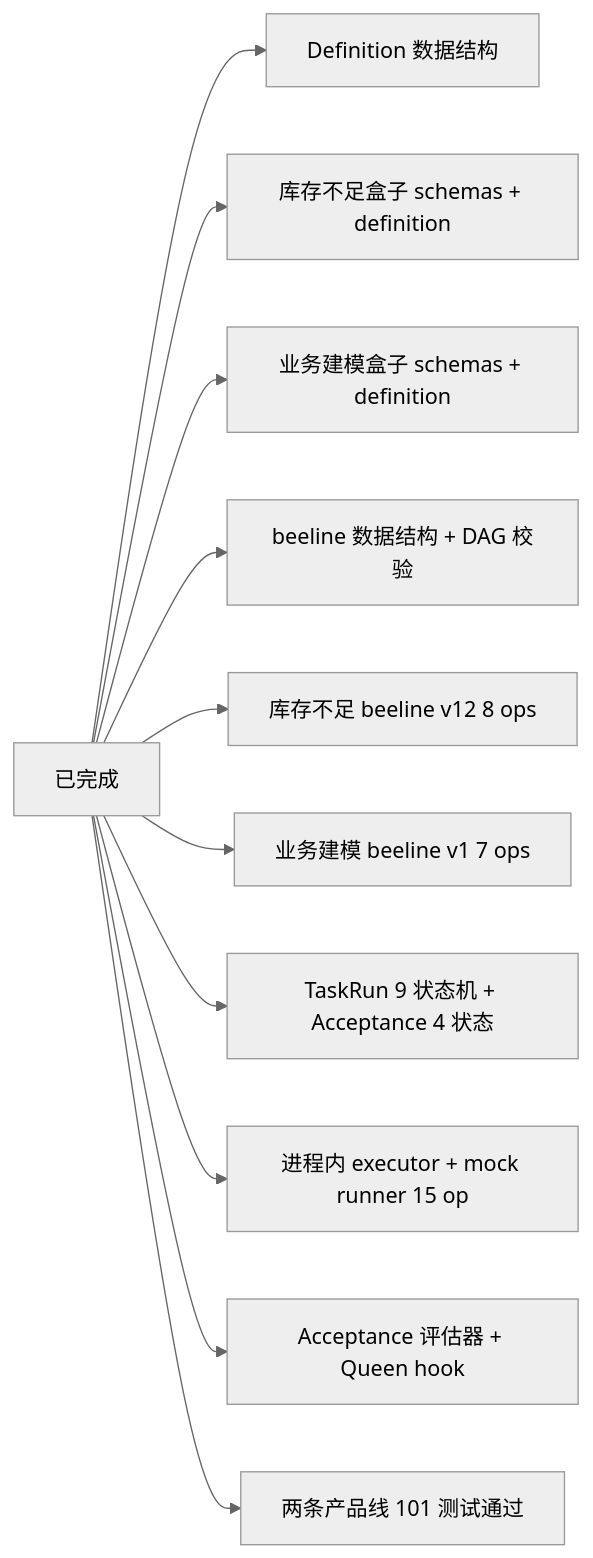
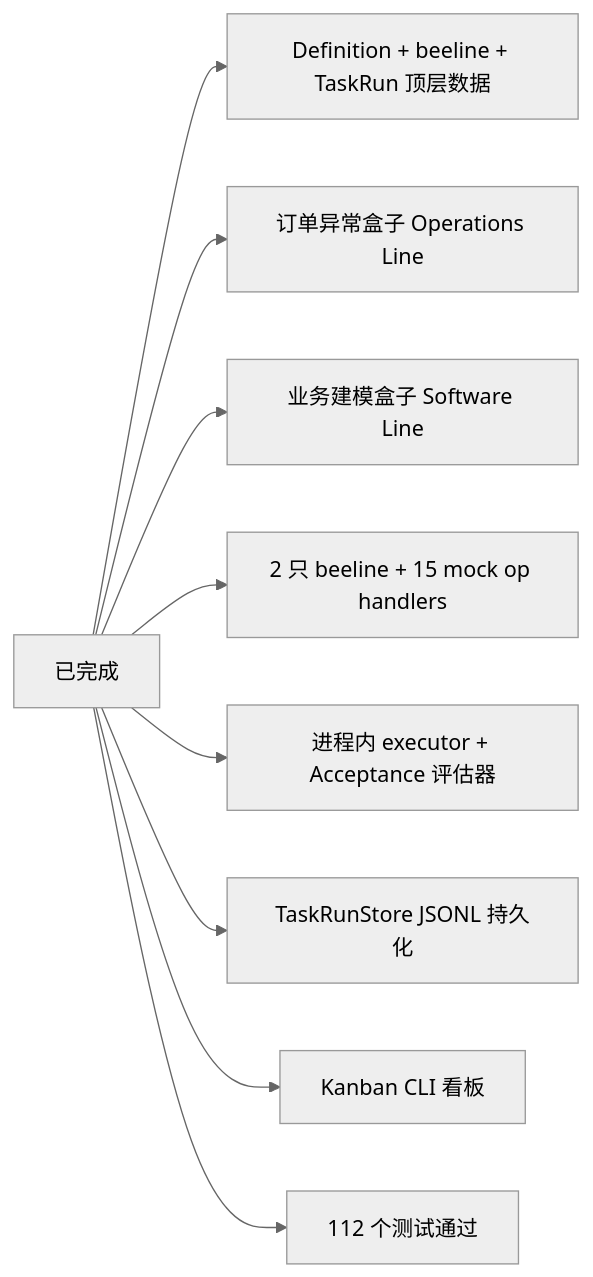
Before and after one commit to chehuizi/beeOS: the second of 2 diagrams in README.md, drawn with Mermaid (neutral theme). The commit also changed other lines of this file and 6 other files, not shown here.

First line of the commit message:
feat(poc): Kanban CLI 看板 + TaskRunStore JSONL 持久化

````diff
--- a/README.md
+++ b/README.md
@@ -90,14 +98,12 @@
 ```mermaid
 flowchart LR
     Done[已完成]
-    Done --> S1[Definition 数据结构]
-    Done --> S2[库存不足盒子 schemas + definition]
-    Done --> S3[业务建模盒子 schemas + definition]
-    Done --> S4[beeline 数据结构 + DAG 校验]
-    Done --> S5[库存不足 beeline v12 8 ops]
-    Done --> S6[业务建模 beeline v1 7 ops]
-    Done --> S7[TaskRun 9 状态机 + Acceptance 4 状态]
-    Done --> S8[进程内 executor + mock runner 15 op]
-    Done --> S9[Acceptance 评估器 + Queen hook]
-    Done --> S10[两条产品线 101 测试通过]
+    Done --> S1[Definition + beeline + TaskRun 顶层数据]
+    Done --> S2[订单异常盒子 Operations Line]
+    Done --> S3[业务建模盒子 Software Line]
+    Done --> S4[2 只 beeline + 15 mock op handlers]
+    Done --> S5[进程内 executor + Acceptance 评估器]
+    Done --> S6[TaskRunStore JSONL 持久化]
+    Done --> S7[Kanban CLI 看板]
+    Done --> S8[112 个测试通过]
 ```
````
